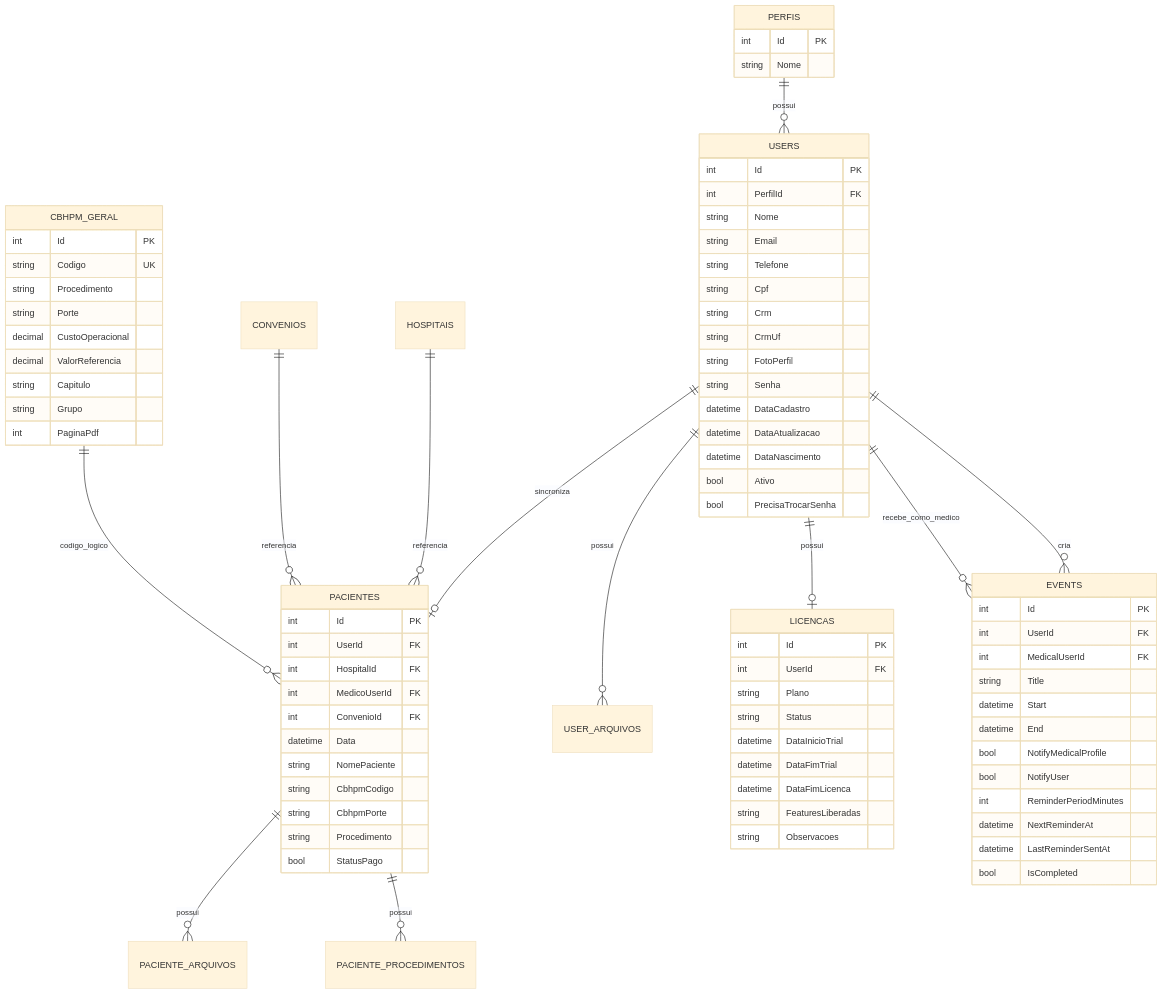
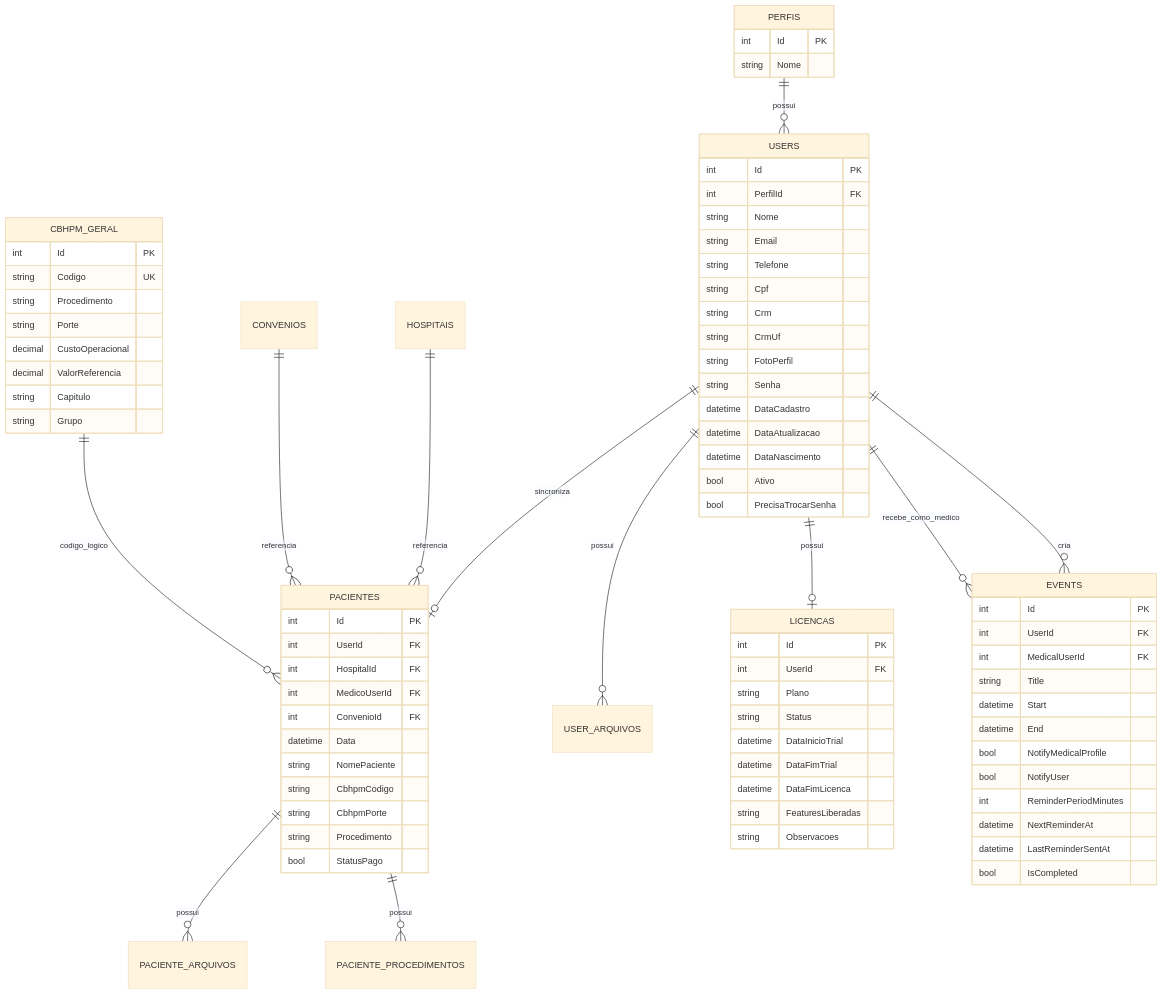
One commit to Hemodinks/hemodinks-api changed the third of 8 diagrams in docs/TECHNICAL_DOCUMENTATION.md. Above: the diagram before and after it, drawn with Mermaid (base theme). The commit also changed 16 other files, not shown here.

````diff
--- a/docs/TECHNICAL_DOCUMENTATION.md
+++ b/docs/TECHNICAL_DOCUMENTATION.md
@@ -144,6 +144,5 @@
         decimal ValorReferencia
         string Capitulo
         string Grupo
-        int PaginaPdf
     }
 ```
````
